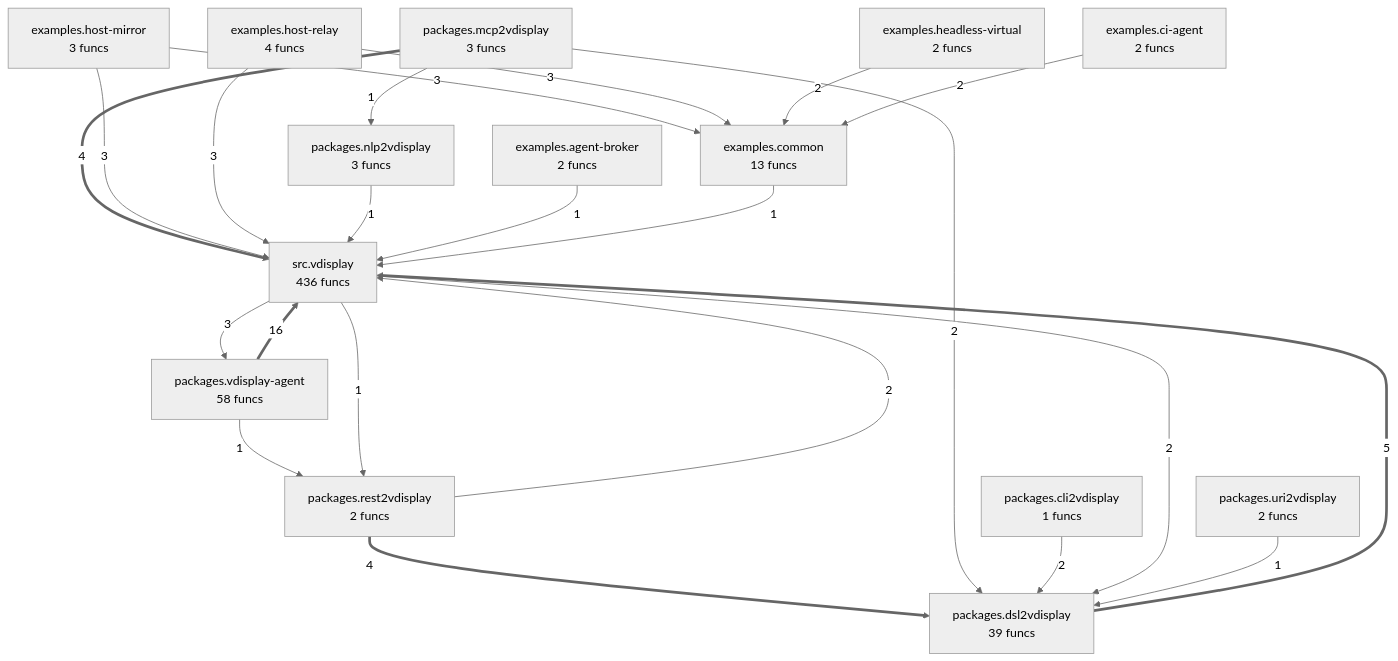
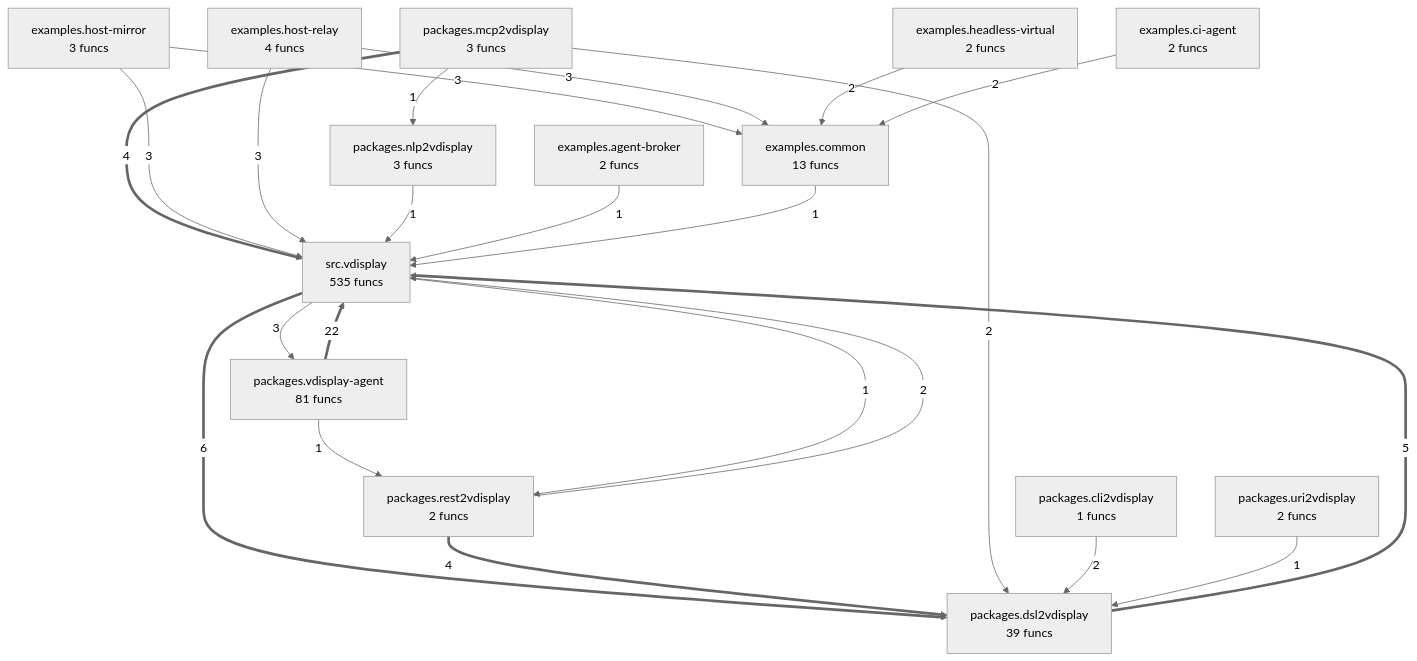
One commit to wronai/vdisplay changed the diagram in project/compact_flow.mmd. Above: the diagram before and after it, drawn with Mermaid (neutral theme). The commit also changed 74 other files, not shown here.

```diff
--- a/project/compact_flow.mmd
+++ b/project/compact_flow.mmd
@@ -1,38 +1,38 @@
 flowchart TD
 %% generated in 0.02s
     examples__agent_broker["examples.agent-broker<br/>2 funcs"]
     examples__ci_agent["examples.ci-agent<br/>2 funcs"]
     examples__common["examples.common<br/>13 funcs"]
     examples__headless_virtual["examples.headless-virtual<br/>2 funcs"]
     examples__host_mirror["examples.host-mirror<br/>3 funcs"]
     examples__host_relay["examples.host-relay<br/>4 funcs"]
     packages__cli2vdisplay["packages.cli2vdisplay<br/>1 funcs"]
     packages__dsl2vdisplay["packages.dsl2vdisplay<br/>39 funcs"]
     packages__mcp2vdisplay["packages.mcp2vdisplay<br/>3 funcs"]
     packages__nlp2vdisplay["packages.nlp2vdisplay<br/>3 funcs"]
     packages__rest2vdisplay["packages.rest2vdisplay<br/>2 funcs"]
     packages__uri2vdisplay["packages.uri2vdisplay<br/>2 funcs"]
-    packages__vdisplay_agent["packages.vdisplay-agent<br/>58 funcs"]
-    src__vdisplay["src.vdisplay<br/>436 funcs"]
-    packages__vdisplay_agent ==>|16| src__vdisplay
+    packages__vdisplay_agent["packages.vdisplay-agent<br/>81 funcs"]
+    src__vdisplay["src.vdisplay<br/>535 funcs"]
+    packages__vdisplay_agent ==>|22| src__vdisplay
+    src__vdisplay ==>|6| packages__dsl2vdisplay
     packages__dsl2vdisplay ==>|5| src__vdisplay
     packages__mcp2vdisplay ==>|4| src__vdisplay
     packages__rest2vdisplay ==>|4| packages__dsl2vdisplay
     examples__host_mirror -->|3| src__vdisplay
     examples__host_mirror -->|3| examples__common
     examples__host_relay -->|3| src__vdisplay
     examples__host_relay -->|3| examples__common
     src__vdisplay -->|3| packages__vdisplay_agent
     packages__mcp2vdisplay -->|2| packages__dsl2vdisplay
     packages__cli2vdisplay -->|2| packages__dsl2vdisplay
     packages__rest2vdisplay -->|2| src__vdisplay
     examples__headless_virtual -->|2| examples__common
     examples__ci_agent -->|2| examples__common
-    src__vdisplay -->|2| packages__dsl2vdisplay
     packages__mcp2vdisplay -->|1| packages__nlp2vdisplay
     packages__uri2vdisplay -->|1| packages__dsl2vdisplay
     packages__nlp2vdisplay -->|1| src__vdisplay
     packages__vdisplay_agent -->|1| packages__rest2vdisplay
     examples__agent_broker -->|1| src__vdisplay
     examples__common -->|1| src__vdisplay
     src__vdisplay -->|1| packages__rest2vdisplay
```
